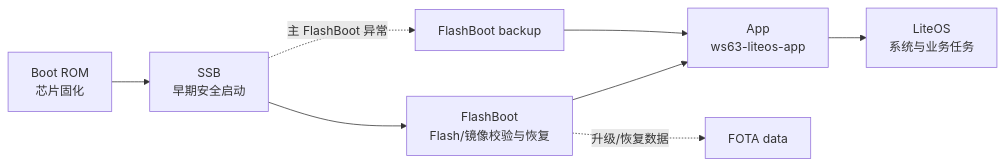
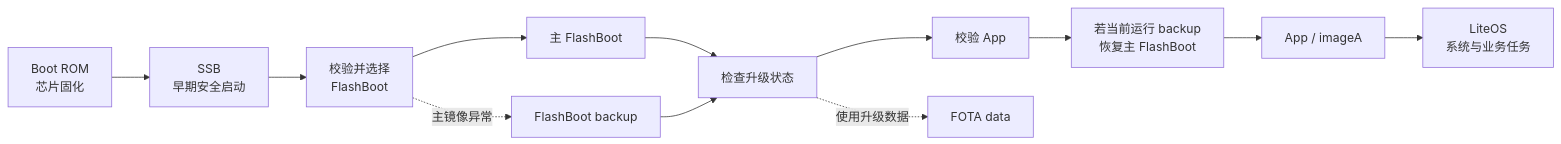
Before and after one commit to TEST-YFC/fbb_ws63: the first of 3 diagrams in docs/zh-CN/overall-architecture/boot-flow/index.md, drawn with Mermaid. The commit also changed other lines of this file and 22 other files, not shown here.

````diff
--- a/docs/zh-CN/overall-architecture/boot-flow/index.md
+++ b/docs/zh-CN/overall-architecture/boot-flow/index.md
@@ -12,11 +25,14 @@
 ```mermaid
 flowchart LR
     ROM["Boot ROM<br/>芯片固化"] --> SSB["SSB<br/>早期安全启动"]
-    SSB --> FB["FlashBoot<br/>Flash/镜像校验与恢复"]
-    FB --> APP["App<br/>ws63-liteos-app"]
+    SSB --> CHECK["校验并选择<br/>FlashBoot"]
+    CHECK --> FB["主 FlashBoot"]
+    CHECK -. 主镜像异常 .-> FBBK["FlashBoot backup"]
+    FB --> UPG["检查升级状态"]
+    FBBK --> UPG
+    UPG --> VERIFY["校验 App"]
+    VERIFY --> RECOVER["若当前运行 backup<br/>恢复主 FlashBoot"]
+    RECOVER --> APP["App / imageA"]
     APP --> LITEOS["LiteOS<br/>系统与业务任务"]
-
-    SSB -. 主 FlashBoot 异常 .-> FBBK["FlashBoot backup"]
-    FBBK --> APP
-    FB -. 升级/恢复数据 .-> FOTA["FOTA data"]
+    UPG -. 使用升级数据 .-> FOTA["FOTA data"]
 ```
````
